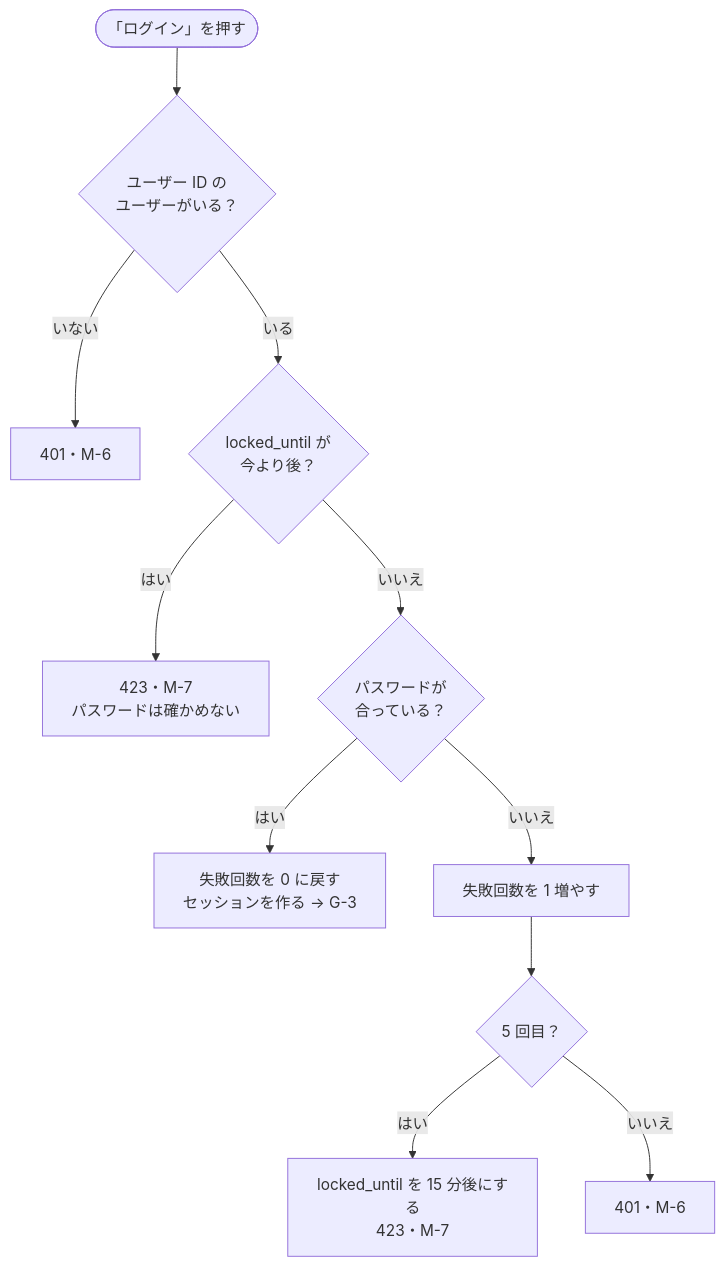
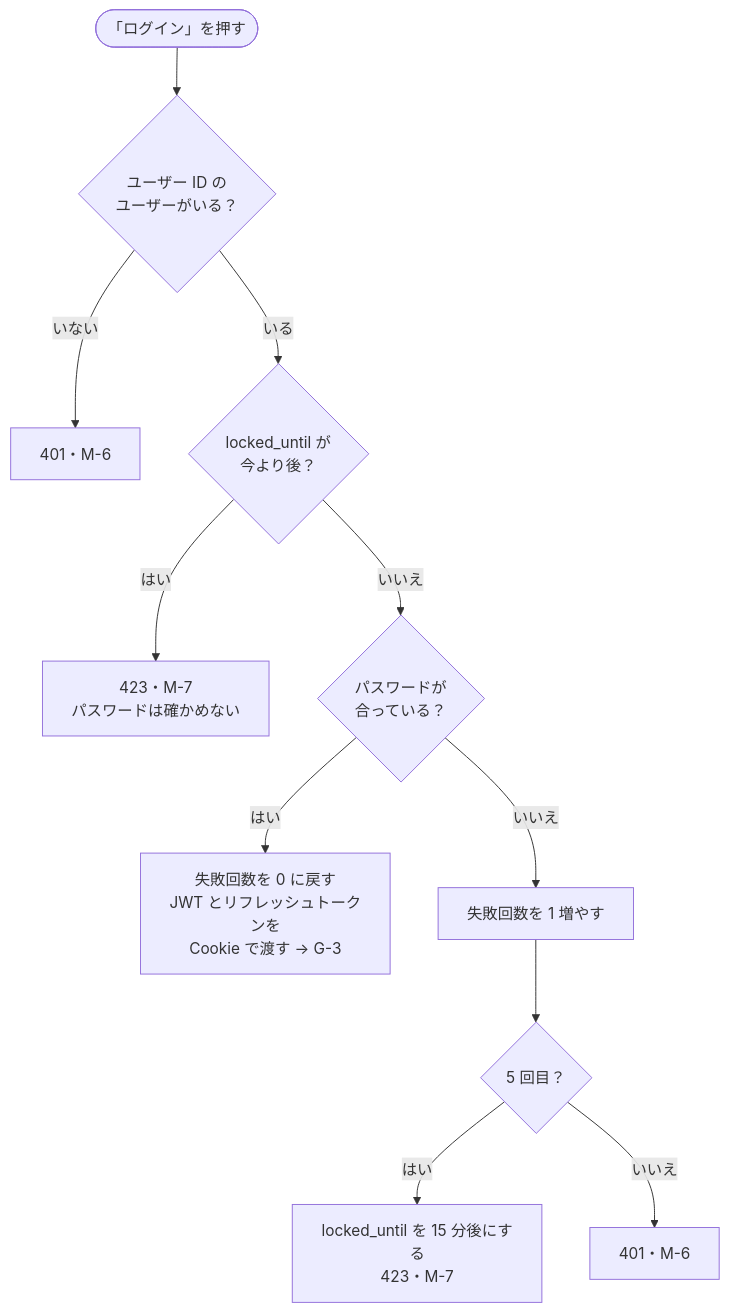
The second of 4 diagrams in docs/functions/fn01-auth.md (y0408e0301-star/raise-timeline), drawn with Mermaid before and after one commit. The commit also changed other lines of this file and 14 other files, not shown here.

````diff
--- a/docs/functions/fn01-auth.md
+++ b/docs/functions/fn01-auth.md
@@ -71,13 +73,13 @@
 ```mermaid
 flowchart TD
     s([「ログイン」を押す]) --> find{ユーザー ID の<br>ユーザーがいる？}
     find -- いない --> ng6[401・M-6]
     find -- いる --> lock{locked_until が<br>今より後？}
     lock -- はい --> ng7[423・M-7<br>パスワードは確かめない]
     lock -- いいえ --> pw{パスワードが<br>合っている？}
-    pw -- はい --> ok[失敗回数を 0 に戻す<br>セッションを作る → G-3]
+    pw -- はい --> ok[失敗回数を 0 に戻す<br>JWT とリフレッシュトークンを<br>Cookie で渡す → G-3]
     pw -- いいえ --> inc[失敗回数を 1 増やす]
     inc --> five{5 回目？}
     five -- はい --> setlock[locked_until を 15 分後にする<br>423・M-7]
     five -- いいえ --> ng6b[401・M-6]
 ```
````
